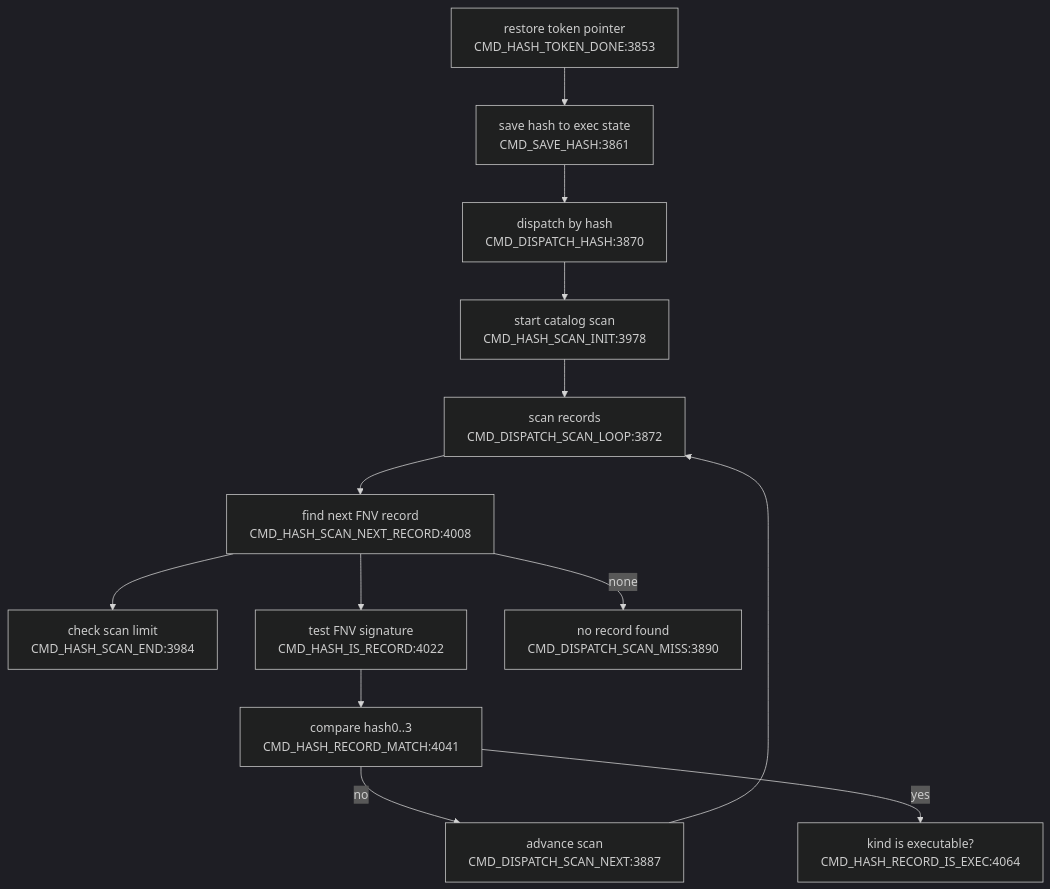
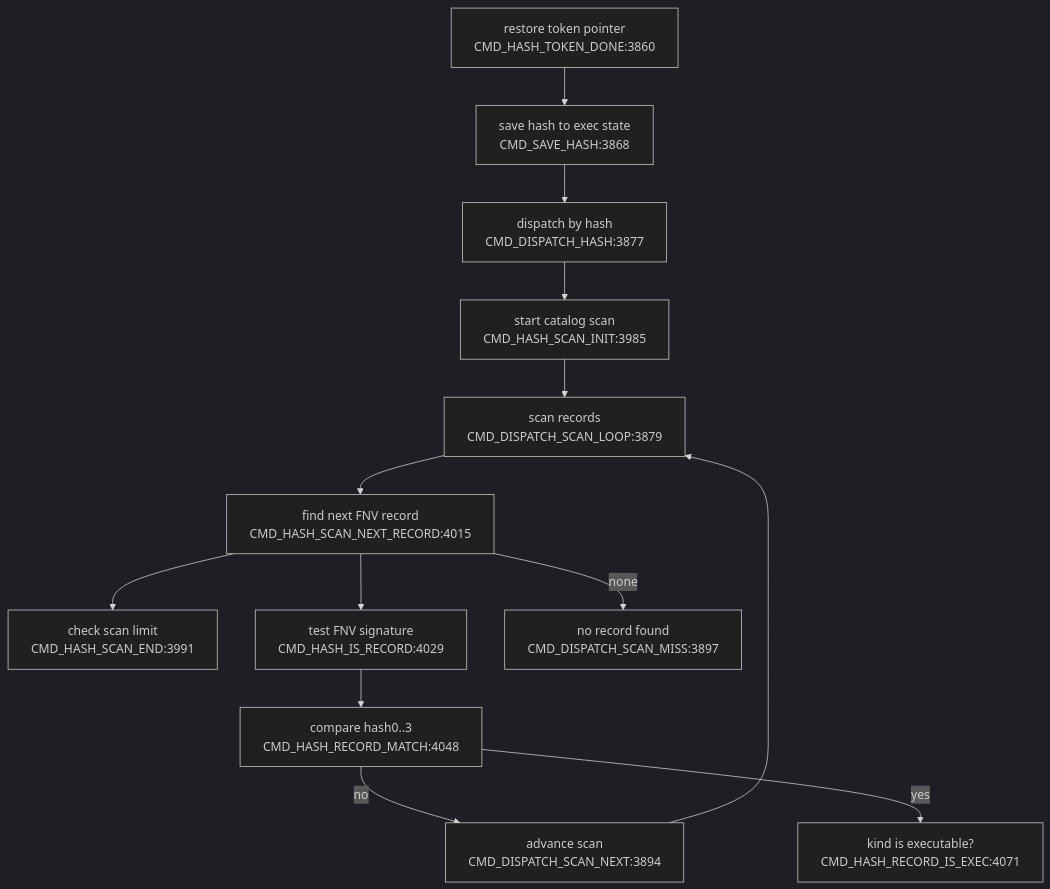
Before and after one commit to 95westus/R-YORS: the third of 4 diagrams in DOC/GENERATED/CMD_FLOW_MAP.md, drawn with Mermaid (dark theme). The commit also changed other lines of this file and 32 other files, not shown here.

````diff
--- a/DOC/GENERATED/CMD_FLOW_MAP.md
+++ b/DOC/GENERATED/CMD_FLOW_MAP.md
@@ -40,15 +40,15 @@
 ```mermaid
 flowchart TD
-    DONE["restore token pointer<br/>CMD_HASH_TOKEN_DONE:3853"] --> SAVEHASH["save hash to exec state<br/>CMD_SAVE_HASH:3861"]
-    SAVEHASH --> DISPATCH["dispatch by hash<br/>CMD_DISPATCH_HASH:3870"]
-    DISPATCH --> SCANINIT["start catalog scan<br/>CMD_HASH_SCAN_INIT:3978"]
-    SCANINIT --> SCANLOOP["scan records<br/>CMD_DISPATCH_SCAN_LOOP:3872"]
-    SCANLOOP --> NEXTREC["find next FNV record<br/>CMD_HASH_SCAN_NEXT_RECORD:4008"]
-    NEXTREC --> ENDCHK["check scan limit<br/>CMD_HASH_SCAN_END:3984"]
-    NEXTREC --> ISREC["test FNV signature<br/>CMD_HASH_IS_RECORD:4022"]
-    NEXTREC -->|none| MISS["no record found<br/>CMD_DISPATCH_SCAN_MISS:3890"]
-    ISREC --> MATCH["compare hash0..3<br/>CMD_HASH_RECORD_MATCH:4041"]
-    MATCH -->|no| ADV["advance scan<br/>CMD_DISPATCH_SCAN_NEXT:3887"]
+    DONE["restore token pointer<br/>CMD_HASH_TOKEN_DONE:3860"] --> SAVEHASH["save hash to exec state<br/>CMD_SAVE_HASH:3868"]
+    SAVEHASH --> DISPATCH["dispatch by hash<br/>CMD_DISPATCH_HASH:3877"]
+    DISPATCH --> SCANINIT["start catalog scan<br/>CMD_HASH_SCAN_INIT:3985"]
+    SCANINIT --> SCANLOOP["scan records<br/>CMD_DISPATCH_SCAN_LOOP:3879"]
+    SCANLOOP --> NEXTREC["find next FNV record<br/>CMD_HASH_SCAN_NEXT_RECORD:4015"]
+    NEXTREC --> ENDCHK["check scan limit<br/>CMD_HASH_SCAN_END:3991"]
+    NEXTREC --> ISREC["test FNV signature<br/>CMD_HASH_IS_RECORD:4029"]
+    NEXTREC -->|none| MISS["no record found<br/>CMD_DISPATCH_SCAN_MISS:3897"]
+    ISREC --> MATCH["compare hash0..3<br/>CMD_HASH_RECORD_MATCH:4048"]
+    MATCH -->|no| ADV["advance scan<br/>CMD_DISPATCH_SCAN_NEXT:3894"]
     ADV --> SCANLOOP
-    MATCH -->|yes| EXECOK["kind is executable?<br/>CMD_HASH_RECORD_IS_EXEC:4064"]
+    MATCH -->|yes| EXECOK["kind is executable?<br/>CMD_HASH_RECORD_IS_EXEC:4071"]
 ```
````
